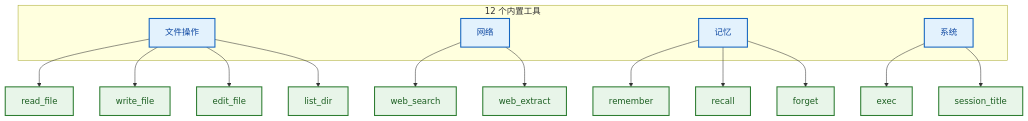
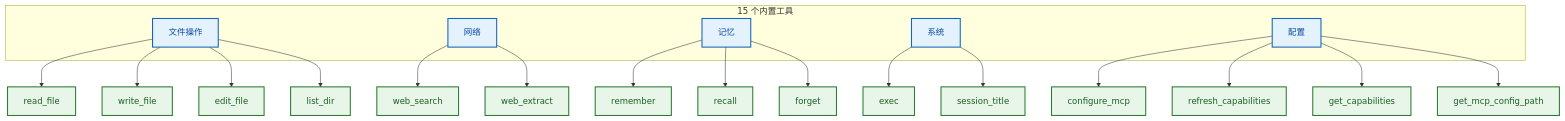
The second of 2 diagrams in docs/zh-CN/guide/usage.md (xt765/FinchBot), drawn with Mermaid before and after one commit. The commit also changed other lines of this file and 15 other files, not shown here.

````diff
--- a/docs/zh-CN/guide/usage.md
+++ b/docs/zh-CN/guide/usage.md
@@ -249,27 +249,33 @@
 ```mermaid
 flowchart TB
     classDef category fill:#e3f2fd,stroke:#1565c0,stroke-width:2px,color:#0d47a1;
     classDef tool fill:#e8f5e9,stroke:#2e7d32,stroke-width:2px,color:#1b5e20;
 
-    subgraph Tools [12 个内置工具]
+    subgraph Tools [15 个内置工具]
         File[文件操作]:::category
         Web[网络]:::category
         Memory[记忆]:::category
         System[系统]:::category
+        Config[配置]:::category
     end
 
     File --> F1[read_file]:::tool
     File --> F2[write_file]:::tool
     File --> F3[edit_file]:::tool
     File --> F4[list_dir]:::tool
 
     Web --> W1[web_search]:::tool
     Web --> W2[web_extract]:::tool
 
     Memory --> M1[remember]:::tool
     Memory --> M2[recall]:::tool
     Memory --> M3[forget]:::tool
 
     System --> S1[exec]:::tool
     System --> S2[session_title]:::tool
+    
+    Config --> C1[configure_mcp]:::tool
+    Config --> C2[refresh_capabilities]:::tool
+    Config --> C3[get_capabilities]:::tool
+    Config --> C4[get_mcp_config_path]:::tool
 ```
````
